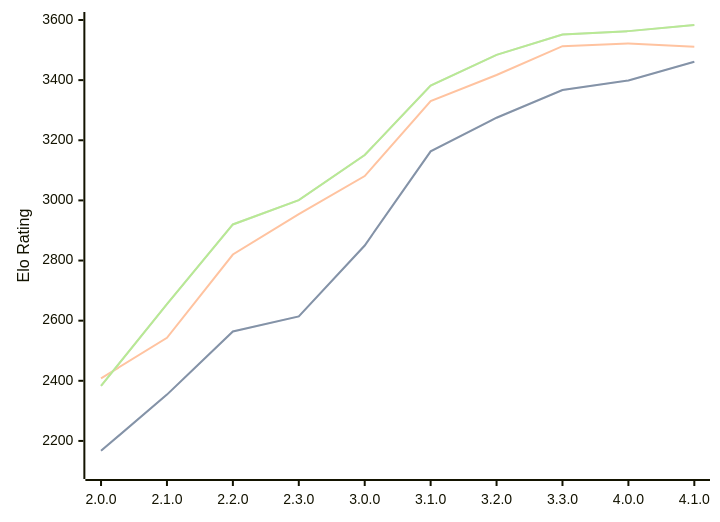
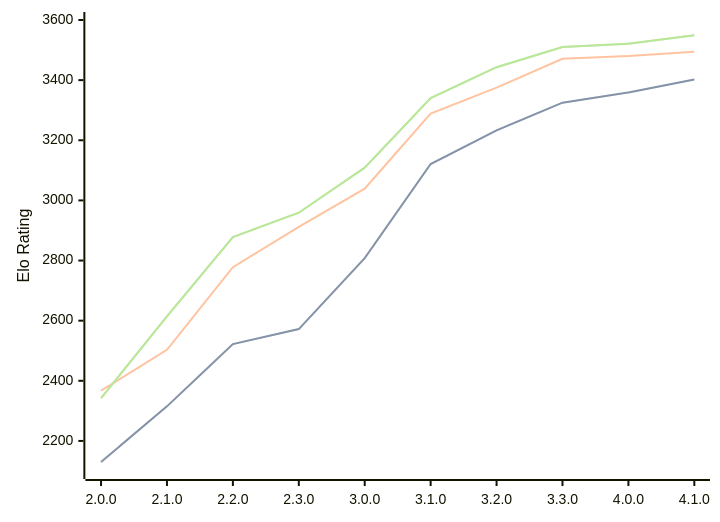
The diagram in engines/Raphael.md (computer-chess-index/cci), drawn with Mermaid before and after one commit. The commit also changed other lines of this file, not shown here.

Commit message:
Update CCI Ratings (ELO VLTC) - 2026-05-19

````diff
--- a/engines/Raphael.md
+++ b/engines/Raphael.md
@@ -52,11 +52,11 @@
 ```mermaid
 %%{init: {"theme":"base","themeVariables":{"seriesColors:['#a3a3a3','#222221','#faa371']}}}%%
 xychart-beta
   x-axis ["2.0.0", "2.1.0", "2.2.0", "2.3.0", "3.0.0", "3.1.0", "3.2.0", "3.3.0", "4.0.0", "4.1.0"]
   y-axis "Elo Rating" 2100 --> 3600
-  line "STC (8.0+0.08s)" [2167, 2354, 2564, 2614, 2850, 3163, 3275, 3367, 3399, 3461]
-  line "STC (8.0+0.08s)" [2167, 2354, 2564, 2614, 2850, 3163, 3275, 3367, 3399, 3461]
-  line "LTC (60.0+0.60s)" [2408, 2543, 2820, 2954, 3081, 3330, 3417, 3513, 3522, 3511]
-  line "VLTC (2m24s+1.12s)" [2383, 2655, 2920, 3001, 3151, 3382, 3484, 3552, 3563, 3583]
-  line "VLTC (2m24s+1.12s)" [2383, 2655, 2920, 3001, 3151, 3382, 3484, 3552, 3563, 3583]
+  line "STC (8.0+0.08s)" [2130, 2315, 2522, 2572, 2808, 3121, 3233, 3325, 3359, 3402]
+  line "STC (8.0+0.08s)" [2130, 2315, 2522, 2572, 2808, 3121, 3233, 3325, 3359, 3402]
+  line "LTC (60.0+0.60s)" [2367, 2503, 2778, 2912, 3039, 3289, 3375, 3471, 3480, 3494]
+  line "VLTC (2m24s+1.12s)" [2342, 2614, 2878, 2959, 3109, 3340, 3443, 3510, 3521, 3549]
+  line "VLTC (2m24s+1.12s)" [2342, 2614, 2878, 2959, 3109, 3340, 3443, 3510, 3521, 3549]
 ```
````
